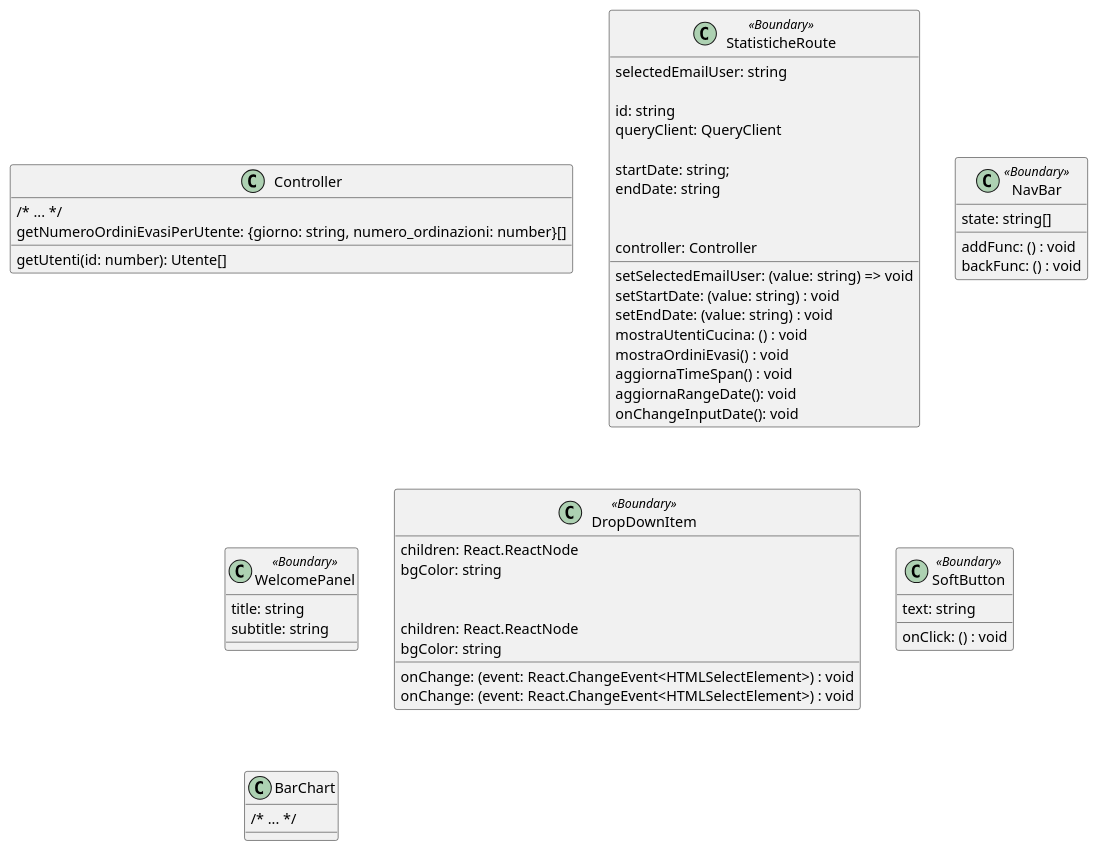
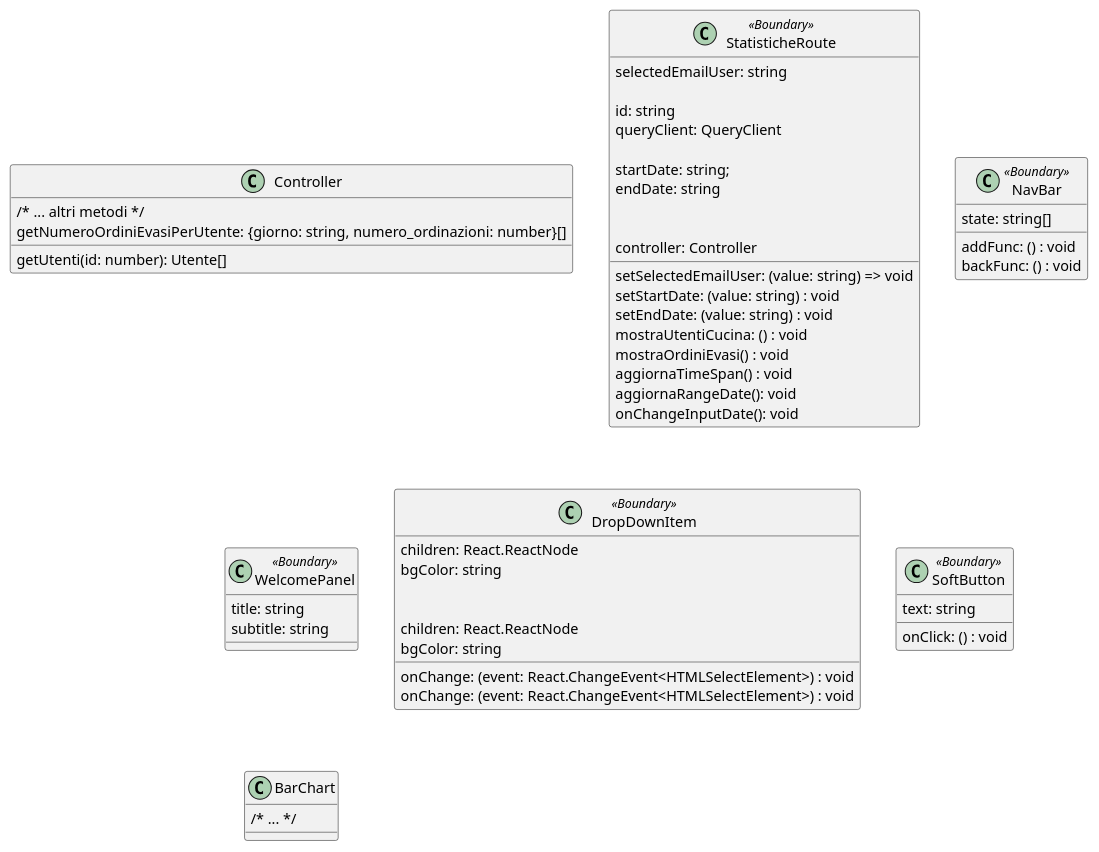
One commit to macro21KGB/Esame-INGSW-22-23 changed the diagram in diagrams/PUML/routes/Statistiche.puml. Above: the diagram before and after it, drawn with PlantUML. The commit also changed 9 other files, not shown here.

```diff
--- a/diagrams/PUML/routes/Statistiche.puml
+++ b/diagrams/PUML/routes/Statistiche.puml
@@ -1,76 +1,76 @@
 @startuml Statistiche
 
 class Controller {
-    /* ... */
+    /* ... altri metodi */
     getUtenti(id: number): Utente[]
     getNumeroOrdiniEvasiPerUtente: {giorno: string, numero_ordinazioni: number}[]
 
 }
 
 class StatisticheRoute <<Boundary>> {
   selectedEmailUser: string
   setSelectedEmailUser: (value: string) => void
 
   id: string
   queryClient: QueryClient
 
   startDate: string;
   endDate: string
 
   setStartDate: (value: string) : void
   setEndDate: (value: string) : void
 
   controller: Controller
 
   mostraUtentiCucina: () : void
   mostraOrdiniEvasi() : void
   aggiornaTimeSpan() : void
   aggiornaRangeDate(): void
   onChangeInputDate(): void
 
 }
 
 class NavBar <<Boundary>> {
 
 	addFunc: () : void
 	backFunc: () : void
 	state: string[]
 }
 
 class WelcomePanel <<Boundary>> {
 
     title: string
     subtitle: string
 
 }
 
 class DropDownItem <<Boundary>> {
 
     children: React.ReactNode
     onChange: (event: React.ChangeEvent<HTMLSelectElement>) : void
     bgColor: string
 
 }
 
 class DropDownItem <<Boundary>> {
 
     children: React.ReactNode
     onChange: (event: React.ChangeEvent<HTMLSelectElement>) : void
     bgColor: string
 
 }
 
 
 class SoftButton <<Boundary>> {
 
     text: string
     onClick: () : void
 
 }
 
 class BarChart {
   /* ... */
 }
 
 
 @enduml
```
